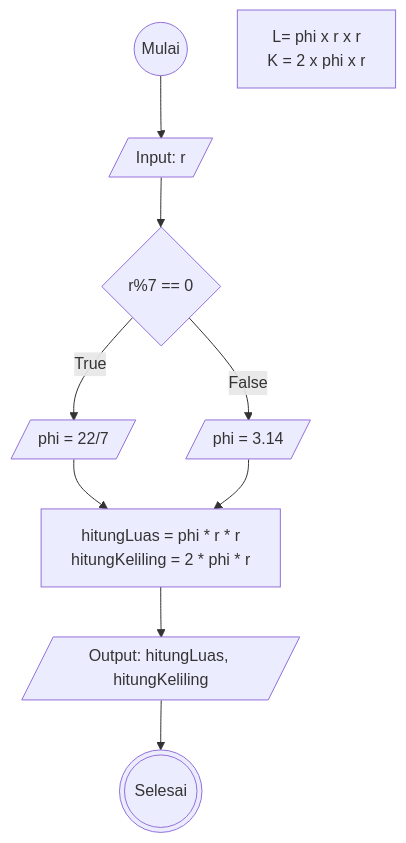
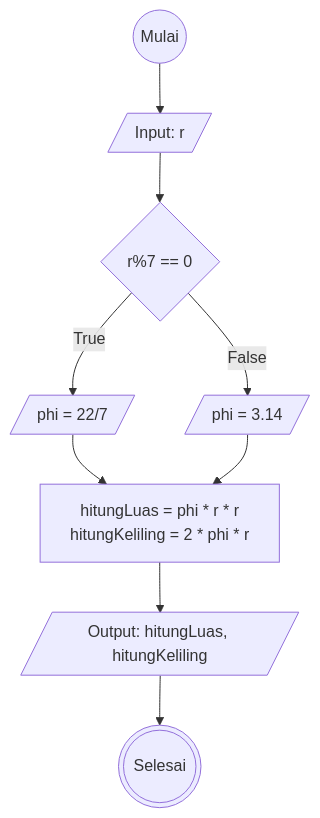
The diagram in flowchart-luas-keliling-lingkaran.md (mslthn/koda-b6-algoritma), drawn with Mermaid before and after one commit. The commit also changed 1 other file, not shown here.

````diff
--- a/flowchart-luas-keliling-lingkaran.md
+++ b/flowchart-luas-keliling-lingkaran.md
@@ -1,20 +1,17 @@
 ```mermaid
 flowchart TD
     mulai@{ shape: circ, label: "Mulai"}
-    dec@{ shape: rect, label: "L= phi x r x r
-    K = 2 x phi x r
-    "}
     input@{ shape: lean-r, label: "Input: r"}
     if@{shape: diamond, label: "r%7 == 0"}
     inP7@{ shape: lean-r, label: "phi = 22/7"}
     inP3@{ shape: lean-r, label: "phi = 3.14"}
     pros@{ shape: rect, label: "hitungLuas = phi * r * r
     hitungKeliling = 2 * phi * r"}
     out@{ shape: lean-r, label: "Output: hitungLuas, hitungKeliling"}
     selesai@{ shape: dbl-circ, label: "Selesai"}
     
 mulai-->input-->if
 if-->|True| inP7-->pros
 if-->|False| inP3-->pros
 pros-->out-->selesai
 ```
````
